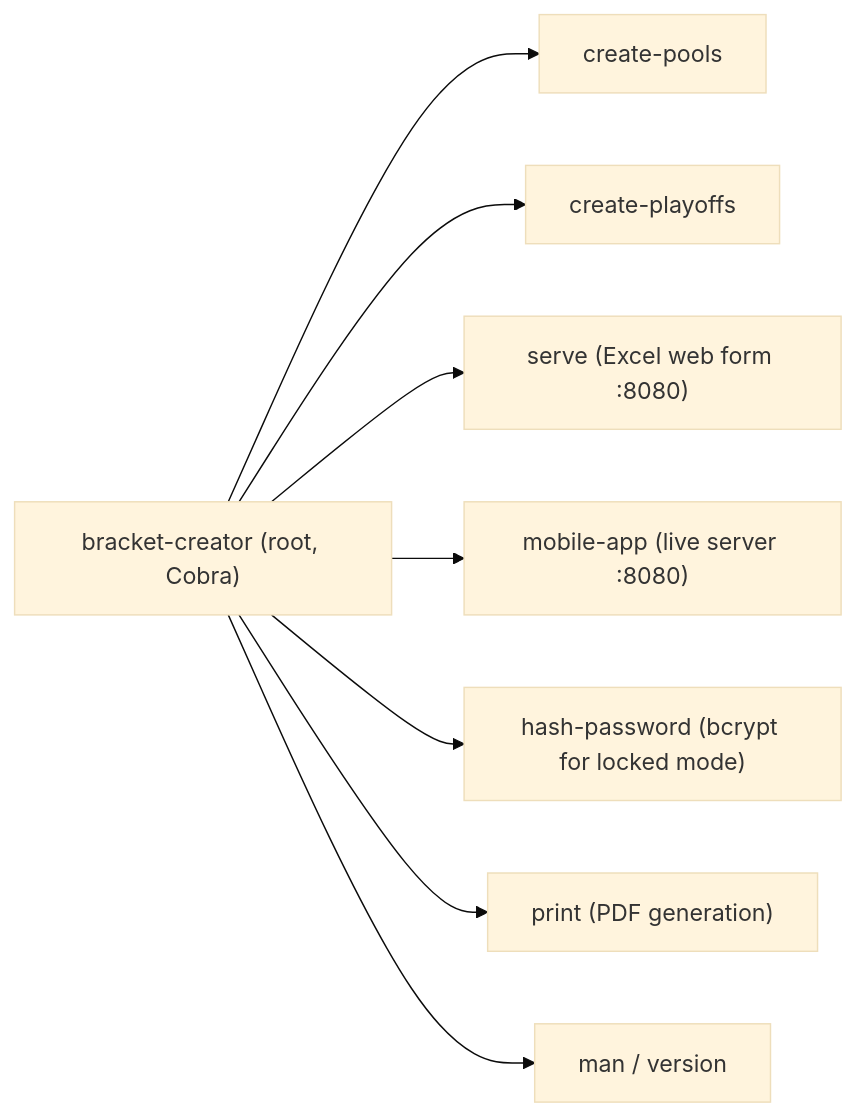
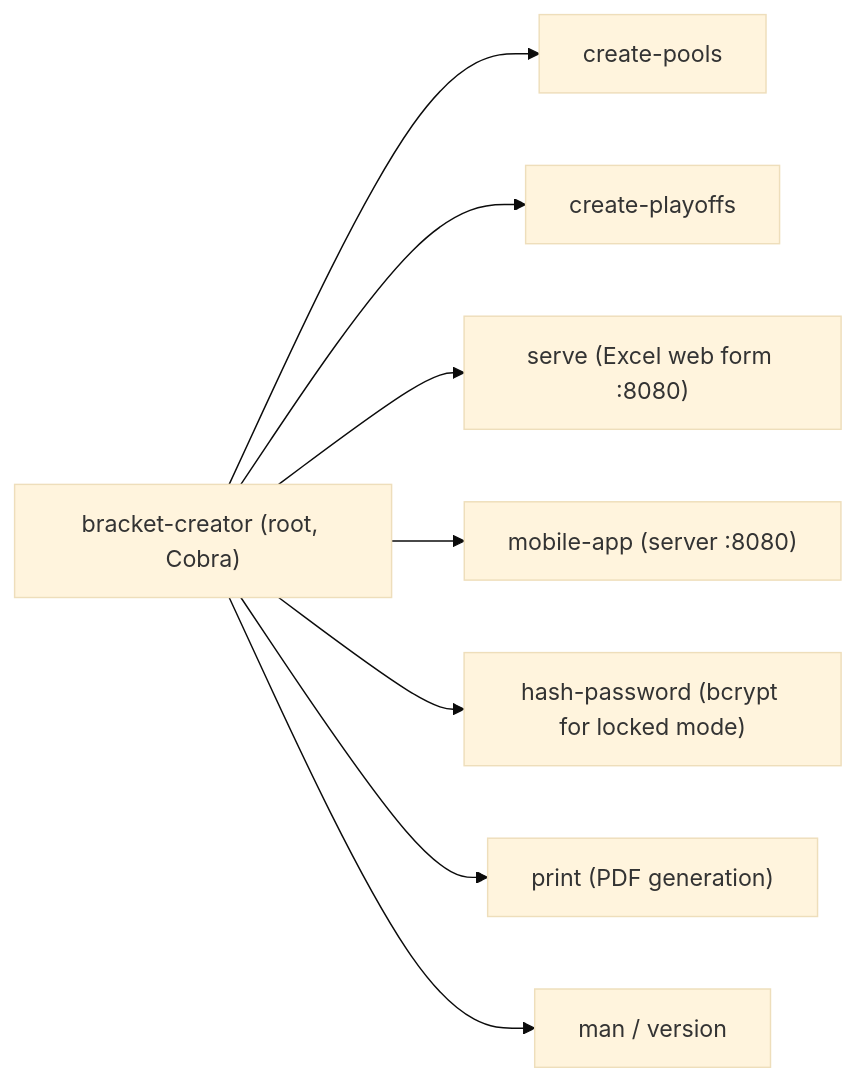
One commit to gitrgoliveira/bracket-creator changed the second of 7 diagrams in docs/architecture/software-architecture.md. Above: the diagram before and after it, drawn with Mermaid (base theme). The commit also changed other lines of this file and 20 other files, not shown here.

````diff
--- a/docs/architecture/software-architecture.md
+++ b/docs/architecture/software-architecture.md
@@ -41,11 +41,11 @@
 ```mermaid
 flowchart LR
     root["bracket-creator (root, Cobra)"]
     root --> cp["create-pools"]
     root --> cpp["create-playoffs"]
     root --> srv["serve (Excel web form :8080)"]
-    root --> ma["mobile-app (live server :8080)"]
+    root --> ma["mobile-app (server :8080)"]
     root --> hp["hash-password (bcrypt for locked mode)"]
     root --> pr["print (PDF generation)"]
     root --> mn["man / version"]
 ```
````
